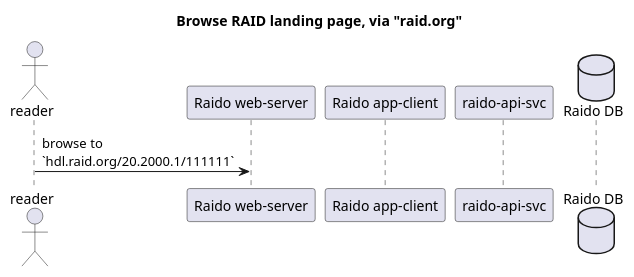
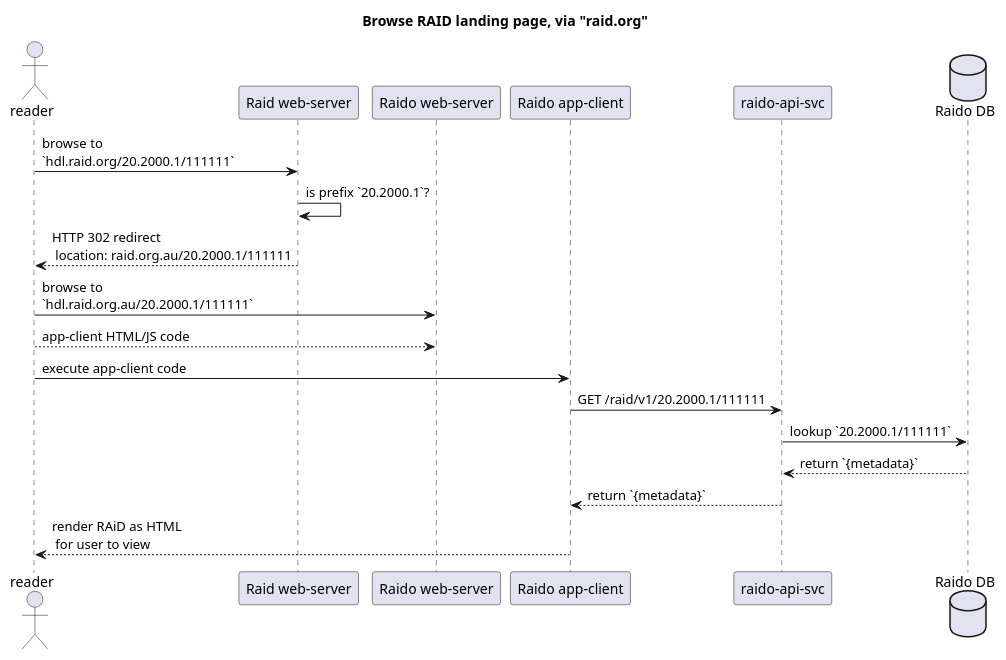
Before and after one commit to au-research/raido: the diagram in doc/architecture/cnri-handle/browse-raid-via-raid.plantuml, drawn with PlantUML. The commit also changed other lines of this file and 2 other files, not shown here.

```diff
--- a/doc/architecture/cnri-handle/browse-raid-via-raid.plantuml
+++ b/doc/architecture/cnri-handle/browse-raid-via-raid.plantuml
@@ -1,21 +1,30 @@
 @startuml
 title Browse RAID landing page, via "raid.org"
 
 actor "reader" as reader
 
+participant "Raid web-server" as raidWeb
 participant "Raido web-server" as raidoWeb
 participant "Raido app-client" as appClient
 
 participant "raido-api-svc" as raidoApi
 database "Raido DB" as raidoDb
 
+participant "raido-api-svc" as raidoApi
+database "Raido DB" as raidoDb
 
-reader -> raidoWeb: browse to \n`hdl.raid.org/20.2000.1/111111`
-'raidoWeb <-- reader: app-client HTML/JS code
-'reader -> appClient: execute app-client code  
-'appClient -> raidoApi: GET /raid/v1/20.2000.1/111111
-'raidoApi -> raidoDb: lookup `20.2000.1/111111`
-'raidoDb --> raidoApi: return `{metadata}`
-'raidoApi --> appClient: return `{metadata}`
-'appClient --> reader: render RAiD as HTML\n for user to view  
+
+reader -> raidWeb: browse to \n`hdl.raid.org/20.2000.1/111111`
+raidWeb -> raidWeb: is prefix `20.2000.1`?
+raidWeb --> reader: HTTP 302 redirect\n location: raid.org.au/20.2000.1/111111
+
+reader -> raidoWeb: browse to \n`hdl.raid.org.au/20.2000.1/111111`
+raidoWeb <-- reader: app-client HTML/JS code
+reader -> appClient: execute app-client code  
+appClient -> raidoApi: GET /raid/v1/20.2000.1/111111
+raidoApi -> raidoDb: lookup `20.2000.1/111111`
+raidoDb --> raidoApi: return `{metadata}`
+raidoApi --> appClient: return `{metadata}`
+appClient --> reader: render RAiD as HTML\n for user to view  
+ 
 @enduml
```
